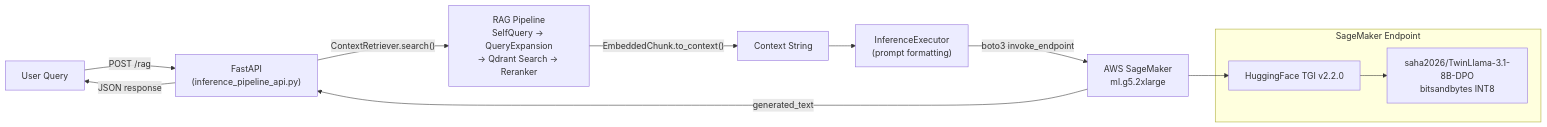
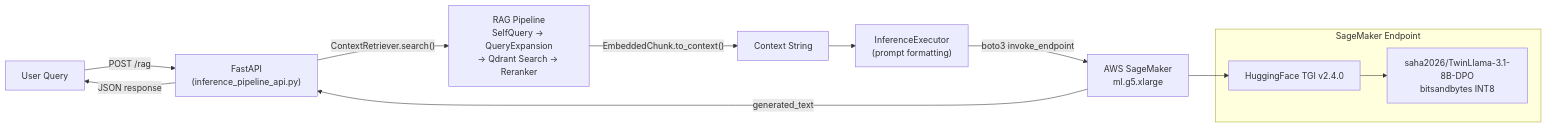
The second of 17 diagrams in README.md (sh-arka22/MoodSwarm-LLM), drawn with Mermaid before and after one commit. The commit also changed other lines of this file and 1 other file, not shown here.

````diff
--- a/README.md
+++ b/README.md
@@ -252,17 +252,17 @@
 ```mermaid
 flowchart LR
     USER["User Query"] -->|"POST /rag"| API["FastAPI\n(inference_pipeline_api.py)"]
     API -->|"ContextRetriever.search()"| RAG["RAG Pipeline\nSelfQuery → QueryExpansion\n→ Qdrant Search → Reranker"]
     RAG -->|"EmbeddedChunk.to_context()"| CONTEXT["Context String"]
     CONTEXT --> IE["InferenceExecutor\n(prompt formatting)"]
-    IE -->|"boto3 invoke_endpoint"| SM["AWS SageMaker\nml.g5.2xlarge"]
+    IE -->|"boto3 invoke_endpoint"| SM["AWS SageMaker\nml.g5.xlarge"]
     SM -->|"generated_text"| API
     API -->|"JSON response"| USER
 
     subgraph "SageMaker Endpoint"
-        TGI["HuggingFace TGI v2.2.0"]
+        TGI["HuggingFace TGI v2.4.0"]
         MODEL["saha2026/TwinLlama-3.1-8B-DPO\nbitsandbytes INT8"]
         TGI --> MODEL
     end
     SM --> TGI
 ```
````
